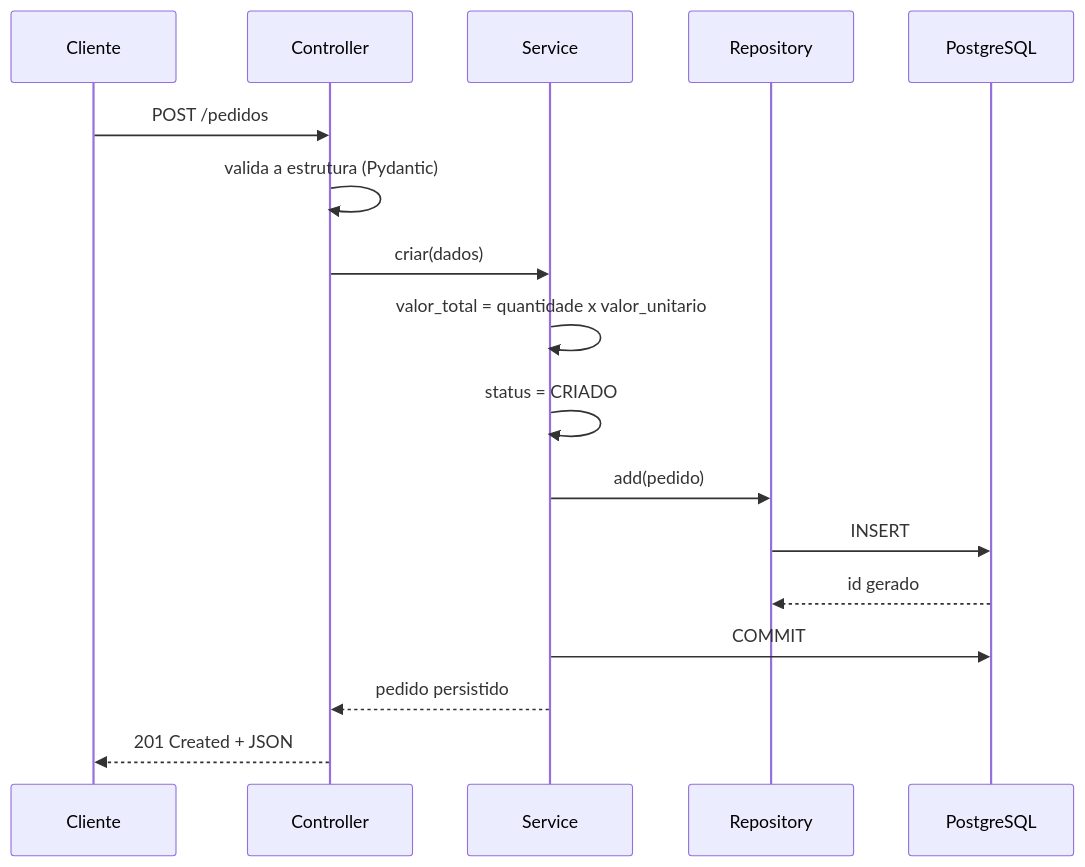
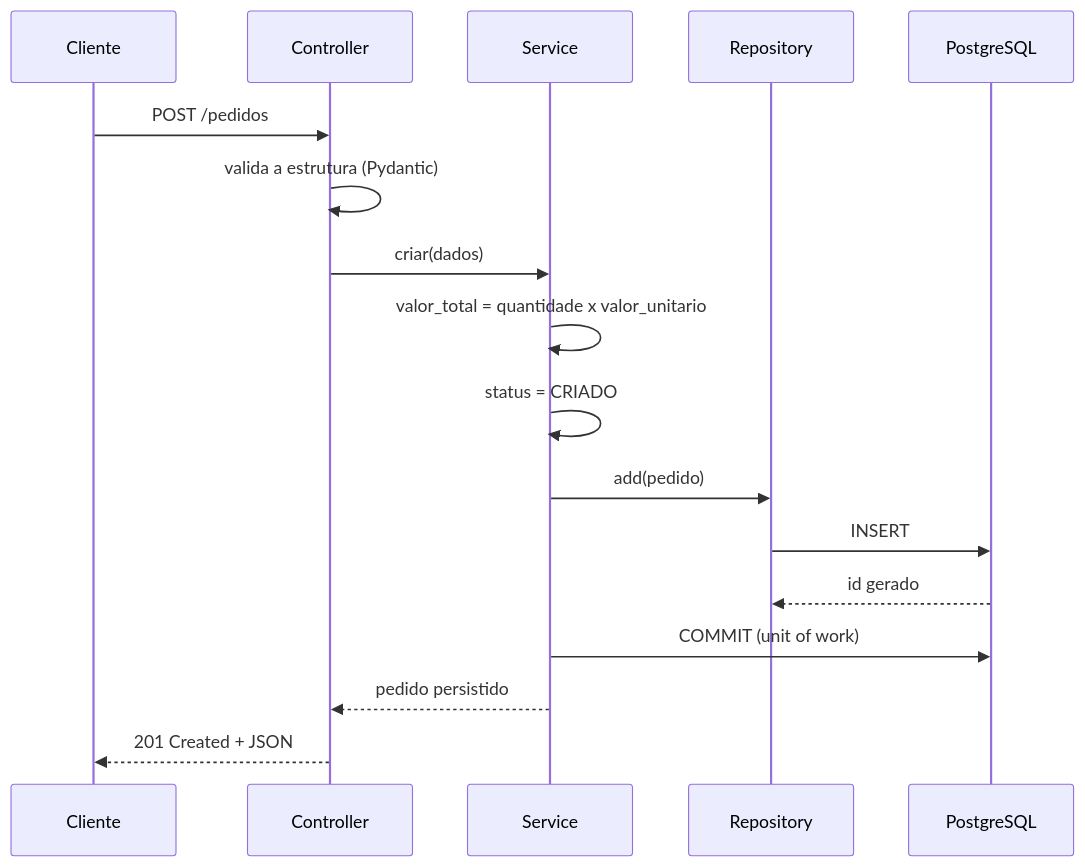
The second of 3 diagrams in README.md (oliveiravitor32/Api-Pedidos), drawn with Mermaid before and after one commit. The commit also changed other lines of this file, not shown here.

Commit message:
docs: documenta controle transacional

````diff
--- a/README.md
+++ b/README.md
@@ -137,20 +137,20 @@
 ```mermaid
 sequenceDiagram
     participant Cli as Cliente
     participant Ctl as Controller
     participant Srv as Service
     participant Rep as Repository
     participant DB as PostgreSQL
 
     Cli->>Ctl: POST /pedidos
     Ctl->>Ctl: valida a estrutura (Pydantic)
     Ctl->>Srv: criar(dados)
     Srv->>Srv: valor_total = quantidade x valor_unitario
     Srv->>Srv: status = CRIADO
     Srv->>Rep: add(pedido)
     Rep->>DB: INSERT
     DB-->>Rep: id gerado
-    Srv->>DB: COMMIT
+    Srv->>DB: COMMIT (unit of work)
     Srv-->>Ctl: pedido persistido
     Ctl-->>Cli: 201 Created + JSON
 ```
````
